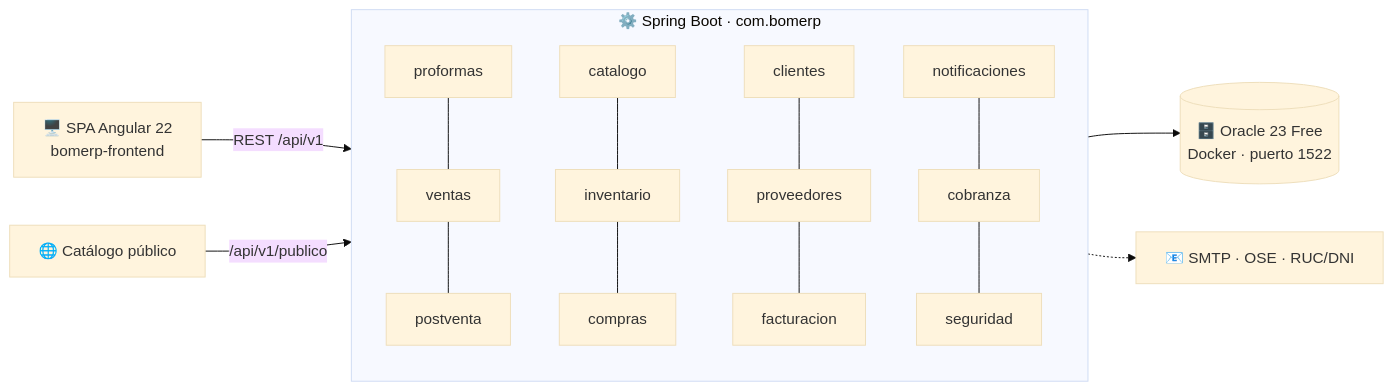
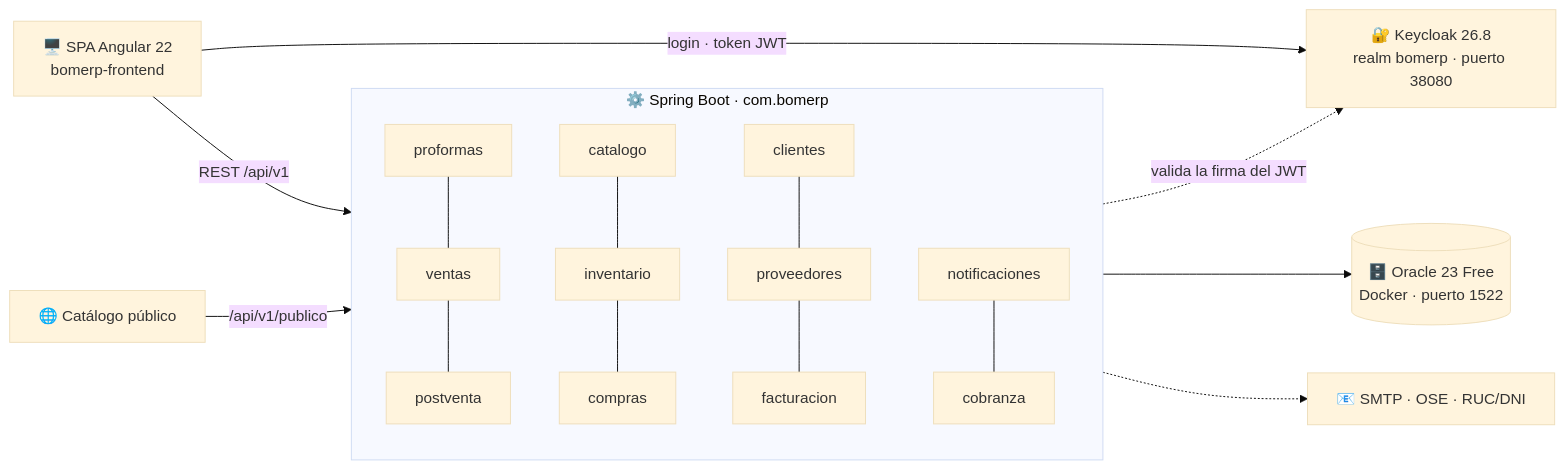
The diagram in README.md (YWAGNERCS/proyecto-SAC), drawn with Mermaid (base theme) before and after one commit. The commit also changed other lines of this file and 3 other files, not shown here.

````diff
--- a/README.md
+++ b/README.md
@@ -69,14 +69,16 @@
 ```mermaid
 flowchart LR
     SPA["🖥️ SPA Angular 22<br/>bomerp-frontend"] -->|REST /api/v1| API
     PUB["🌐 Catálogo público"] -->|/api/v1/publico| API
     subgraph API["⚙️ Spring Boot · com.bomerp"]
         direction TB
         C[proformas] --- V[ventas] --- P[postventa]
         CAT[catalogo] --- INV[inventario] --- COM[compras]
         CLI[clientes] --- PRO[proveedores] --- F[facturacion]
-        N[notificaciones] --- CB[cobranza] --- S[seguridad]
+        N[notificaciones] --- CB[cobranza]
     end
+    SPA -->|login · token JWT| KC["🔐 Keycloak 26.8<br/>realm bomerp · puerto 38080"]
+    API -.->|valida la firma del JWT| KC
     API --> DB[("🗄️ Oracle 23 Free<br/>Docker · puerto 1522")]
     API -.-> EXT["📧 SMTP · OSE · RUC/DNI"]
 ```
````
